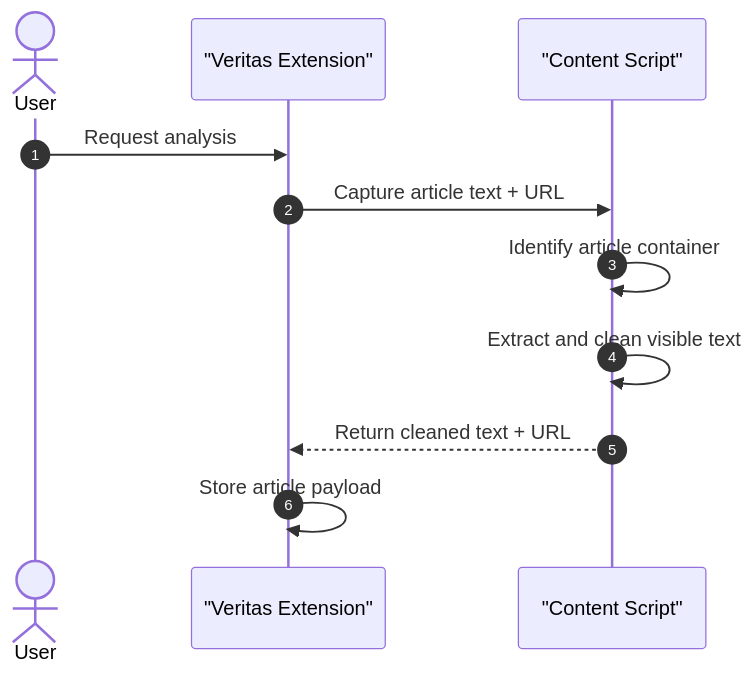
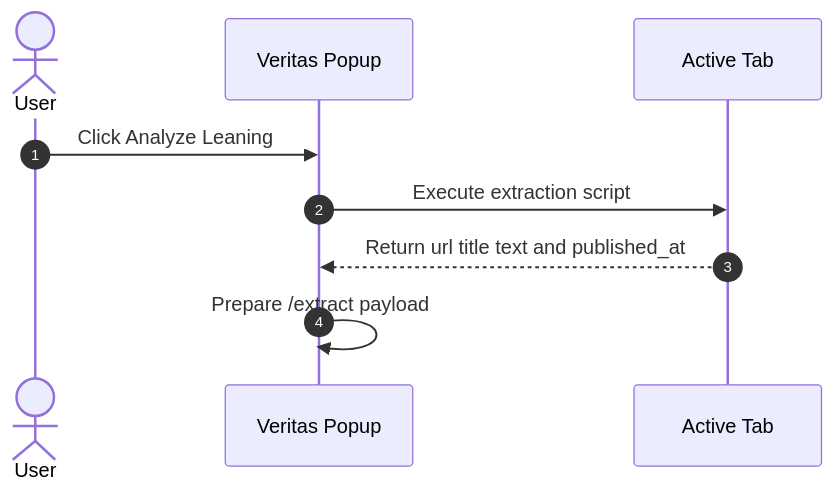
Before and after one commit to FastMartini/Veritas: the sixth of 9 diagrams in docs/README.md, drawn with Mermaid. The commit also changed other lines of this file, not shown here.

Commit message:
Revise README to reflect political leaning analysis focus

````diff
--- a/docs/README.md
+++ b/docs/README.md
@@ -581,14 +429,12 @@
 ```mermaid
 sequenceDiagram
     autonumber
     actor User
-    participant Extension as "Veritas Extension"
-    participant CS as "Content Script"
+    participant Popup as Veritas Popup
+    participant Page as Active Tab
 
-    User->>Extension: Request analysis
-    Extension->>CS: Capture article text + URL
-    CS->>CS: Identify article container
-    CS->>CS: Extract and clean visible text
-    CS-->>Extension: Return cleaned text + URL
-    Extension->>Extension: Store article payload
+    User->>Popup: Click Analyze Leaning
+    Popup->>Page: Execute extraction script
+    Page-->>Popup: Return url title text and published_at
+    Popup->>Popup: Prepare /extract payload
 ```
````
